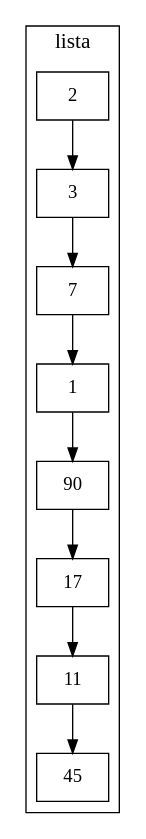
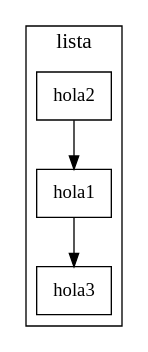
Before and after one commit to jossiebk/Practica2s12017_201313692: the diagram in Estructuras/Reporte/lista.dot, drawn with Graphviz. The commit also changed 14 other files, not shown here.

```diff
--- a/Estructuras/Reporte/lista.dot
+++ b/Estructuras/Reporte/lista.dot
@@ -1,14 +1,9 @@
 digraph Lista{
 	 node[shape=record];
 	 subgraph clusterList {
 	 label= "lista";
 	 fontsize = 16;
-	2->3
-	3->7
-	7->1
-	1->90
-	90->17
-	17->11
-	11->45
+	hola2->hola1
+	hola1->hola3
 	 } 
 }
```
